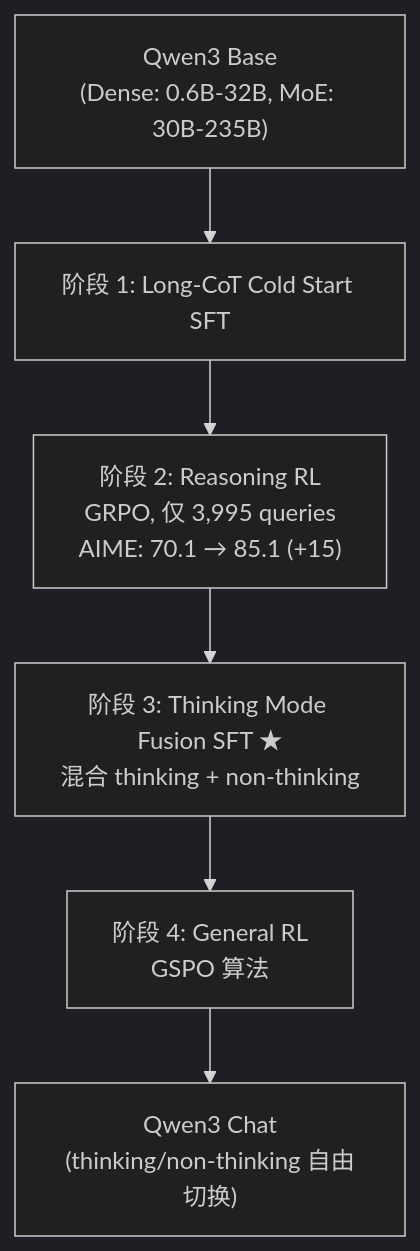
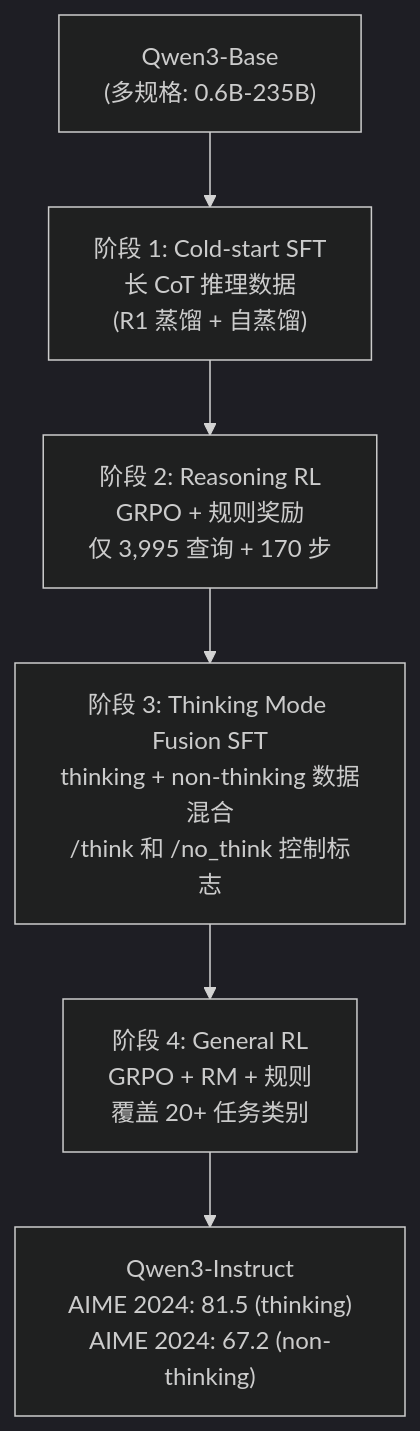
The fifth of 11 diagrams in docs/post-training/02-技术报告解读与训练经验.md (XavierZhang2002/agentic-rl-analysis), drawn with Mermaid (dark theme) before and after one commit. The commit also changed other lines of this file, not shown here.

First line of the commit message:
feat: 深度重写第二章 — 8节1127行，覆盖DeepSeek/Kimi/Qwen/MiniMax/GLM/Seed六大系列

````diff
--- a/docs/post-training/02-技术报告解读与训练经验.md
+++ b/docs/post-training/02-技术报告解读与训练经验.md
@@ -130,8 +429,8 @@
 ```mermaid
 flowchart TD
-    Base["Qwen3 Base\n(Dense: 0.6B-32B, MoE: 30B-235B)"] --> S1["阶段 1: Long-CoT Cold Start SFT"]
-    S1 --> S2["阶段 2: Reasoning RL\nGRPO, 仅 3,995 queries\nAIME: 70.1 → 85.1 (+15)"]
-    S2 --> S3["阶段 3: Thinking Mode Fusion SFT ★\n混合 thinking + non-thinking"]
-    S3 --> S4["阶段 4: General RL\nGSPO 算法"]
-    S4 --> Final["Qwen3 Chat\n(thinking/non-thinking 自由切换)"]
+    Base["Qwen3-Base\n(多规格: 0.6B-235B)"] --> S1["阶段 1: Cold-start SFT\n长 CoT 推理数据\n(R1 蒸馏 + 自蒸馏)"]
+    S1 --> S2["阶段 2: Reasoning RL\nGRPO + 规则奖励\n仅 3,995 查询 + 170 步"]
+    S2 --> S3["阶段 3: Thinking Mode Fusion SFT\nthinking + non-thinking 数据混合\n/think 和 /no_think 控制标志"]
+    S3 --> S4["阶段 4: General RL\nGRPO + RM + 规则\n覆盖 20+ 任务类别"]
+    S4 --> Final["Qwen3-Instruct\nAIME 2024: 81.5 (thinking)\nAIME 2024: 67.2 (non-thinking)"]
 ```
````
